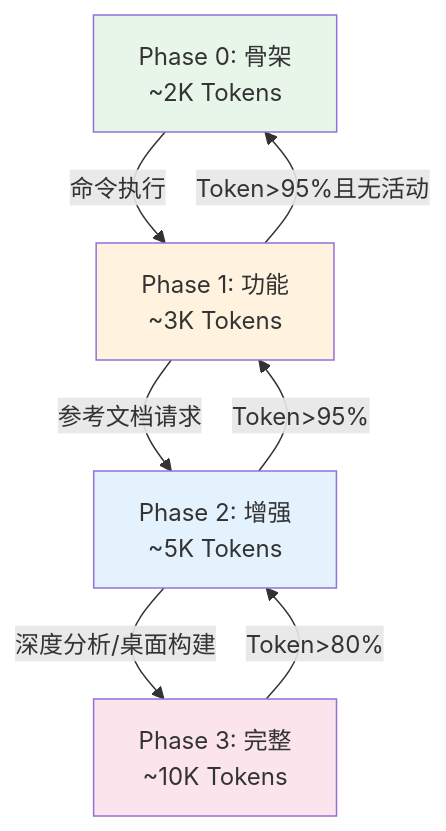
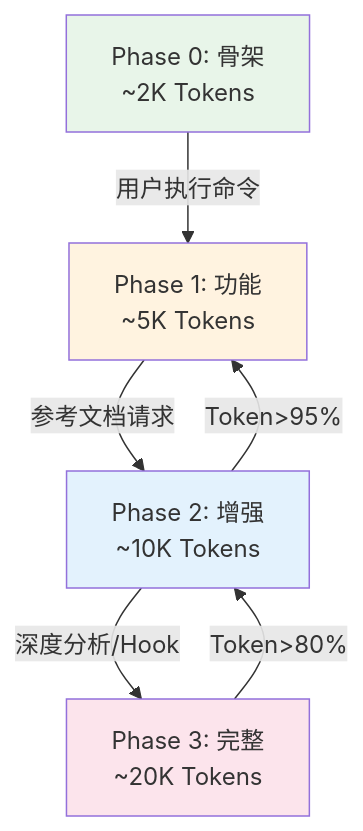
One commit to xuanyuanchumo/xuansto changed the second of 5 diagrams in docs/plan/MCP_REVIEW.md. Above: the diagram before and after it, drawn with Mermaid. The commit also changed other lines of this file and 34 other files, not shown here.

````diff
--- a/docs/plan/MCP_REVIEW.md
+++ b/docs/plan/MCP_REVIEW.md
@@ -803,19 +887,18 @@
 ```mermaid
 graph TD
     SKELETON["Phase 0: 骨架<br/>~2K Tokens"]
-    FUNCTIONAL["Phase 1: 功能<br/>~3K Tokens"]
-    ENHANCED["Phase 2: 增强<br/>~5K Tokens"]
-    FULL["Phase 3: 完整<br/>~10K Tokens"]
+    FUNCTIONAL["Phase 1: 功能<br/>~5K Tokens"]
+    ENHANCED["Phase 2: 增强<br/>~10K Tokens"]
+    FULL["Phase 3: 完整<br/>~20K Tokens"]
 
-    SKELETON -->|命令执行| FUNCTIONAL
+    SKELETON -->|用户执行命令| FUNCTIONAL
     FUNCTIONAL -->|参考文档请求| ENHANCED
-    ENHANCED -->|深度分析/桌面构建| FULL
+    ENHANCED -->|深度分析/Hook| FULL
     FULL -->|Token>80%| ENHANCED
     ENHANCED -->|Token>95%| FUNCTIONAL
-    FUNCTIONAL -->|Token>95%且无活动| SKELETON
 
     style SKELETON fill:#e8f5e9
     style FUNCTIONAL fill:#fff3e0
     style ENHANCED fill:#e3f2fd
     style FULL fill:#fce4ec
 ```
````
